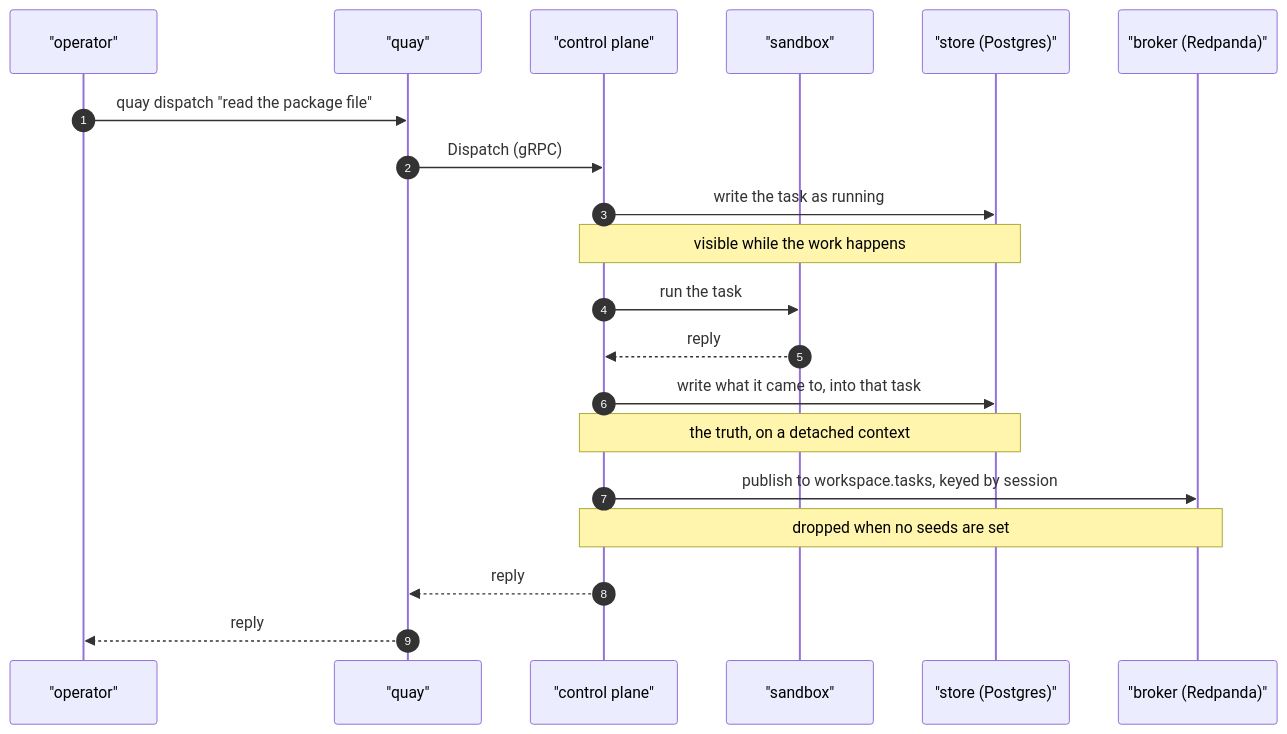
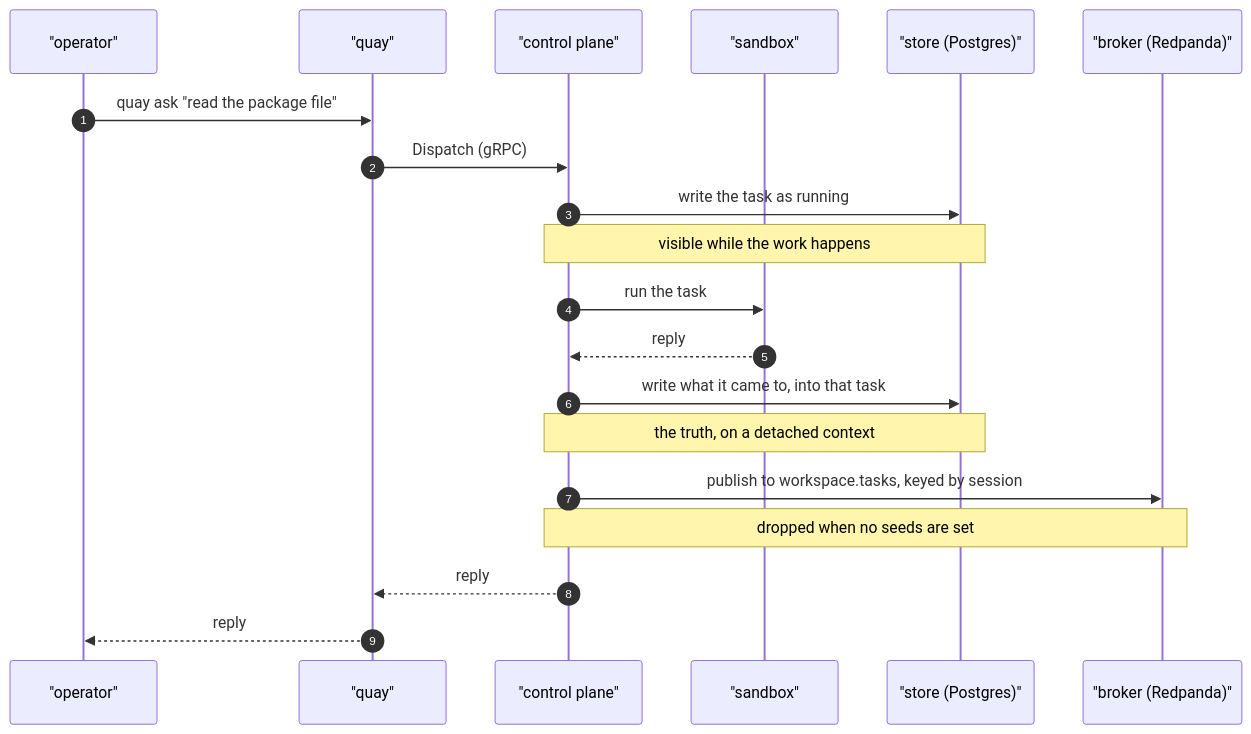
The diagram in docs/TASKS.md (atlantic-blue/quay-crew), drawn with Mermaid before and after one commit. The commit also changed other lines of this file and 24 other files, not shown here.

Commit message:
feat: quay dispatch lets go of the task, and quay ask waits for the answer (#378)

````diff
--- a/docs/TASKS.md
+++ b/docs/TASKS.md
@@ -56,23 +56,23 @@
 ```mermaid
 sequenceDiagram
     autonumber
     participant YOU as "operator"
     participant CLI as "quay"
     participant CP as "control plane"
     participant SBX as "sandbox"
     participant DB as "store (Postgres)"
     participant LOG as "broker (Redpanda)"
 
-    YOU->>CLI: quay dispatch "read the package file"
+    YOU->>CLI: quay ask "read the package file"
     CLI->>CP: Dispatch (gRPC)
     CP->>DB: write the task as running
     Note over CP,DB: visible while the work happens
     CP->>SBX: run the task
     SBX-->>CP: reply
     CP->>DB: write what it came to, into that task
     Note over CP,DB: the truth, on a detached context
     CP->>LOG: publish to workspace.tasks, keyed by session
     Note over CP,LOG: dropped when no seeds are set
     CP-->>CLI: reply
     CLI-->>YOU: reply
 ```
````
